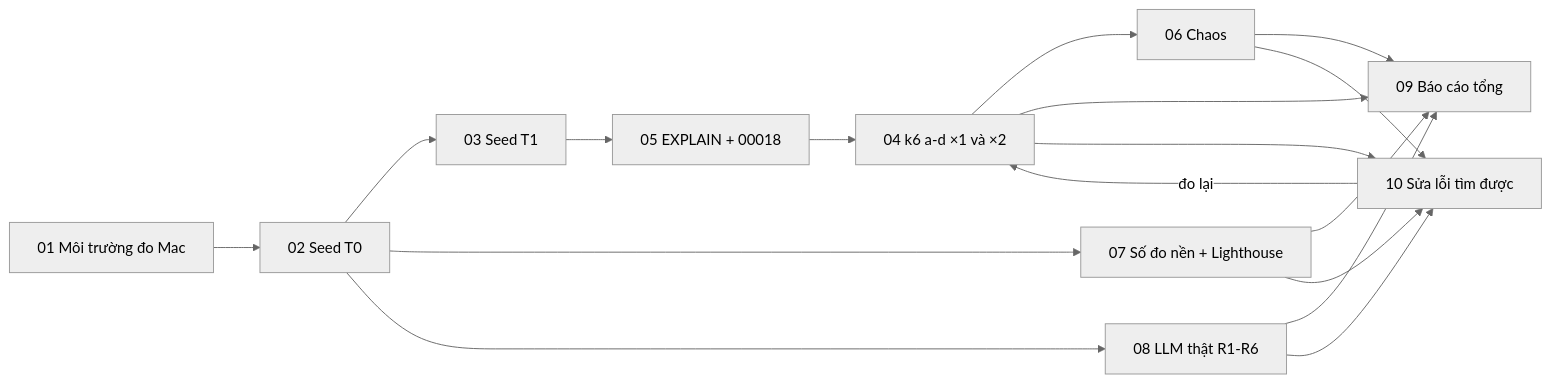
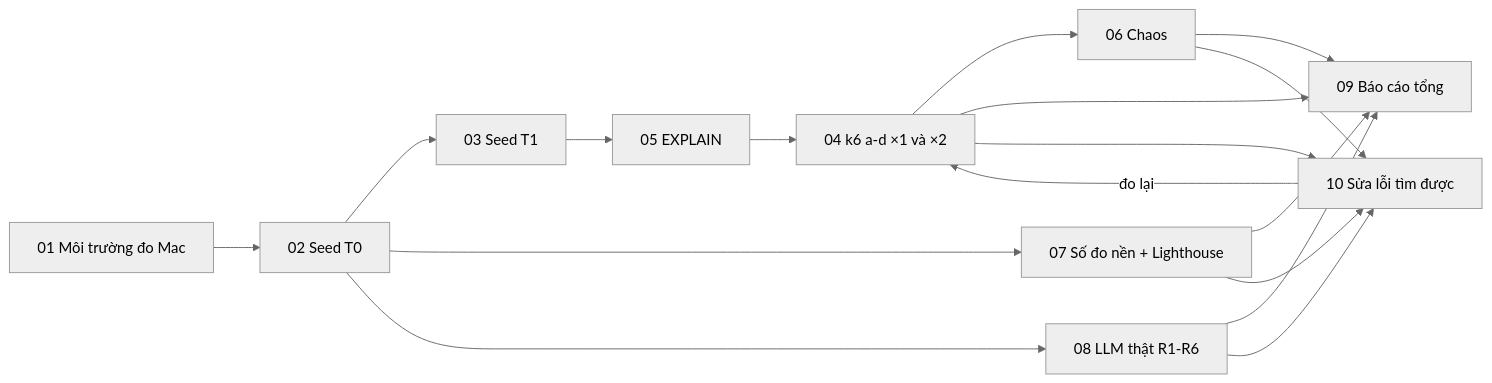
The diagram in docs/specs/FEAT-nfr-eval/SRS.md (kagamikuro1024/EduPilot-v2), drawn with Mermaid (neutral theme) before and after one commit. The commit also changed other lines of this file and 1 other file, not shown here.

Commit message:
9.5: BA P-95-8 — US-NFR-05 AC2/AC4 và SRS nfr-eval bỏ yêu cầu migration 00018 (EXPLAIN T1 không cần chỉ mục)

````diff
--- a/docs/specs/FEAT-nfr-eval/SRS.md
+++ b/docs/specs/FEAT-nfr-eval/SRS.md
@@ -29,13 +29,13 @@
 ```mermaid
 flowchart LR
   A[01 Môi trường đo Mac] --> B[02 Seed T0]
   B --> C[03 Seed T1]
-  C --> E[05 EXPLAIN + 00018]
+  C --> E[05 EXPLAIN]
   E --> D[04 k6 a-d ×1 và ×2]
   D --> F[06 Chaos]
   B --> G[07 Số đo nền + Lighthouse]
   B --> H[08 LLM thật R1-R6]
   D & F & G & H --> I[09 Báo cáo tổng]
   D & F & G & H --> J[10 Sửa lỗi tìm được]
   J -->|đo lại| D
 ```
````
